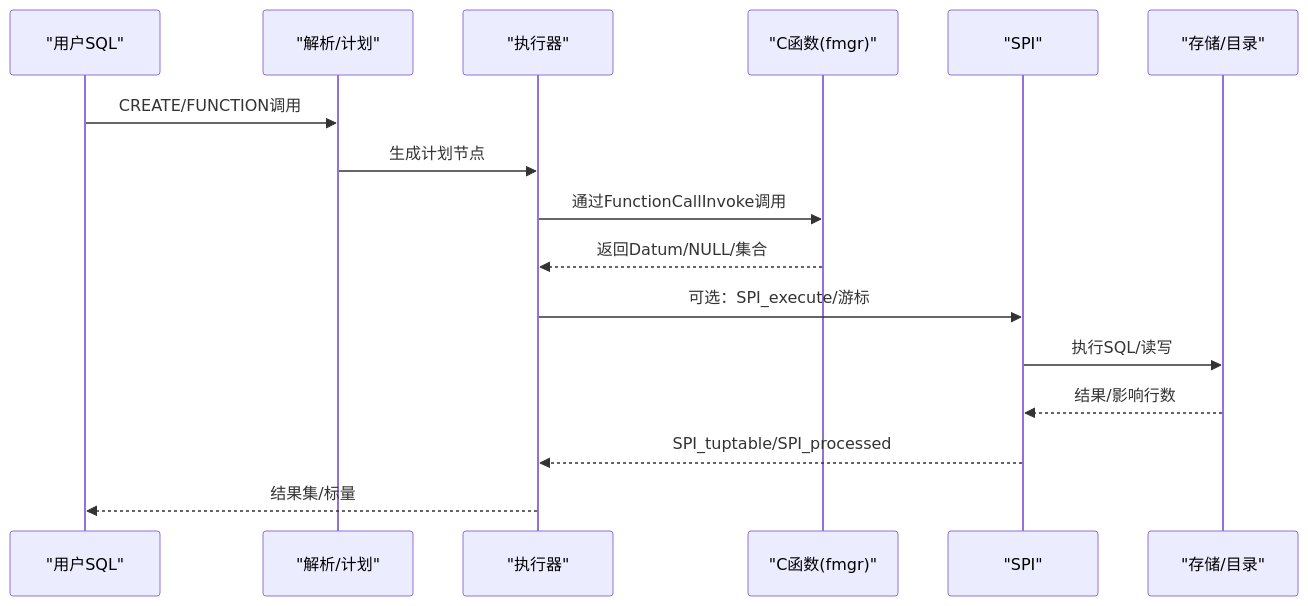
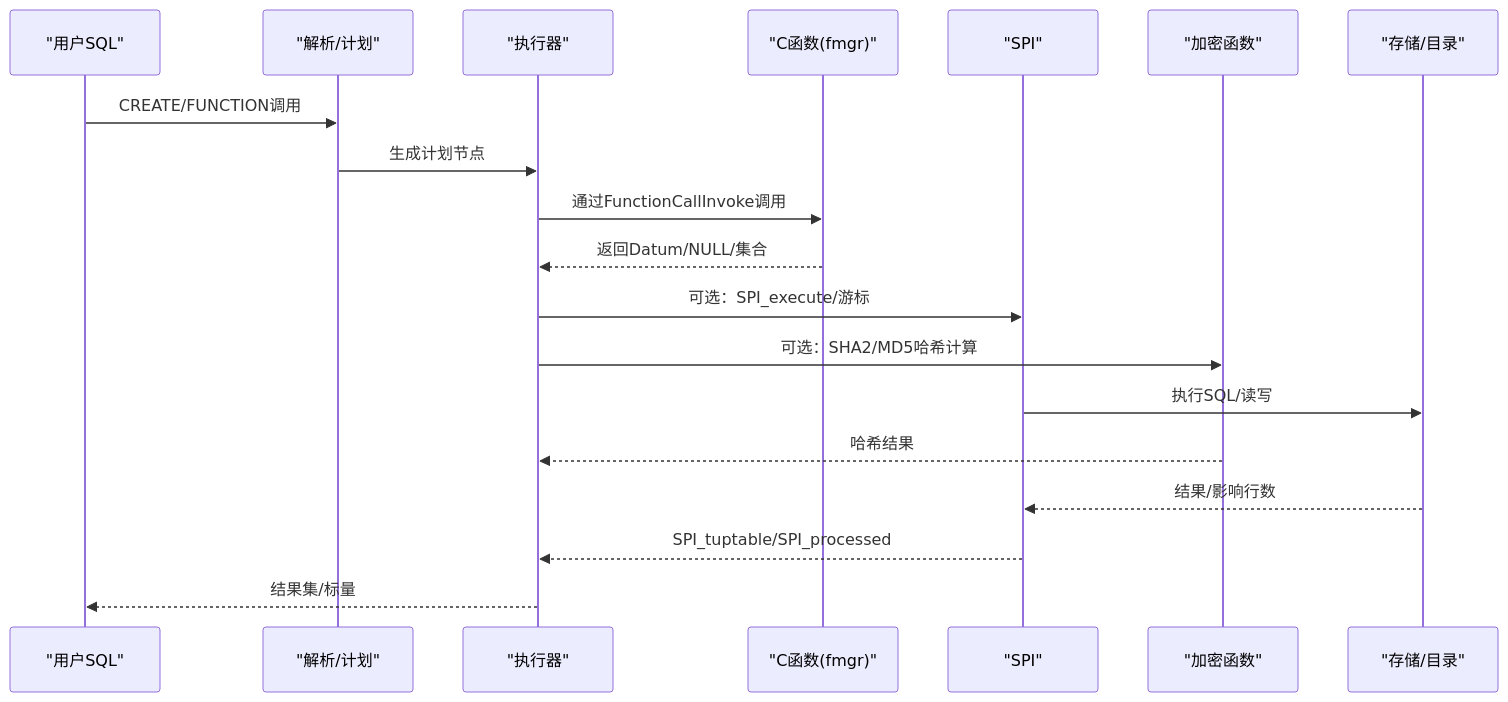
The second of 10 diagrams in .qoder/repowiki/zh/content/扩展开发/用户定义函数.md (chirpyli/minipg), drawn with Mermaid before and after one commit. The commit also changed other lines of this file and 362 other files, not shown here.

````diff
--- a/.qoder/repowiki/zh/content/扩展开发/用户定义函数.md
+++ b/.qoder/repowiki/zh/content/扩展开发/用户定义函数.md
@@ -88,18 +105,21 @@
 ```mermaid
 sequenceDiagram
 participant U as "用户SQL"
 participant P as "解析/计划"
 participant E as "执行器"
 participant F as "C函数(fmgr)"
 participant S as "SPI"
+participant H as "加密函数"
 participant DB as "存储/目录"
 U->>P : CREATE/FUNCTION调用
 P->>E : 生成计划节点
 E->>F : 通过FunctionCallInvoke调用
 F-->>E : 返回Datum/NULL/集合
 E->>S : 可选：SPI_execute/游标
+E->>H : 可选：SHA2/MD5哈希计算
 S->>DB : 执行SQL/读写
+H-->>E : 哈希结果
 DB-->>S : 结果/影响行数
 S-->>E : SPI_tuptable/SPI_processed
 E-->>U : 结果集/标量
 ```
````
